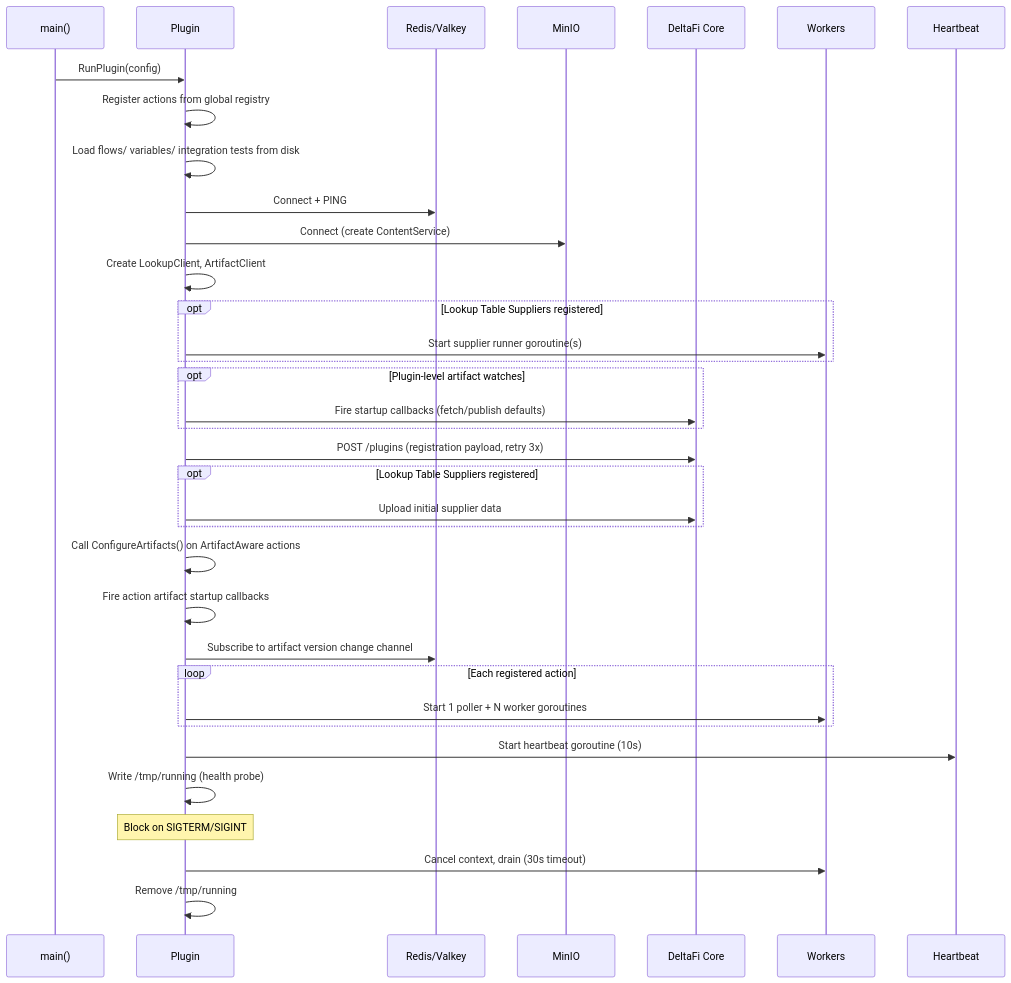
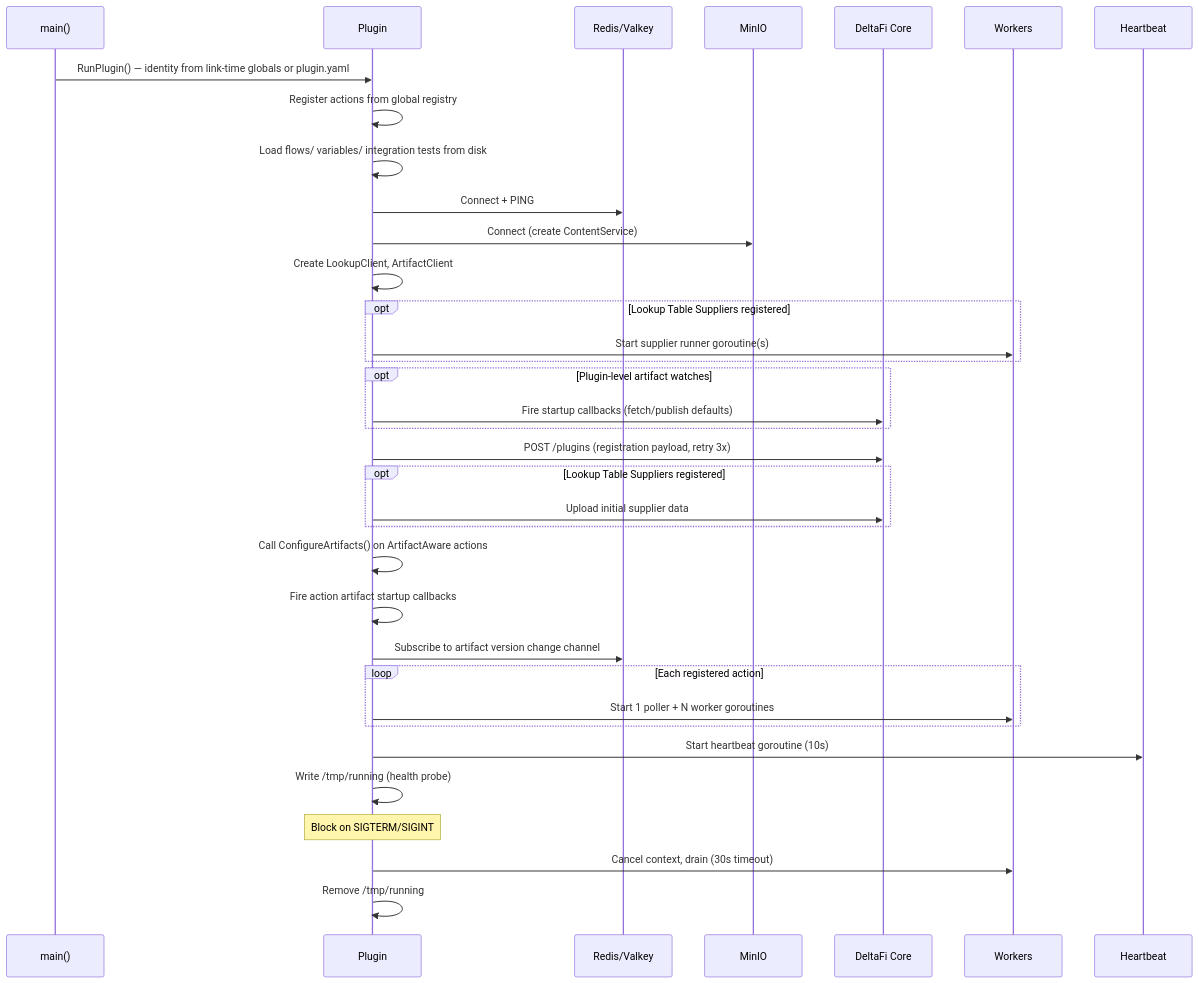
Before and after one commit to deltafi/deltafi: the second of 3 diagrams in deltafi-go-action-kit/DESIGN.md, drawn with Mermaid. The commit also changed other lines of this file and 103 other files, not shown here.

````diff
--- a/deltafi-go-action-kit/DESIGN.md
+++ b/deltafi-go-action-kit/DESIGN.md
@@ -189,48 +199,48 @@
 ```mermaid
 sequenceDiagram
     participant Main as main()
     participant Plugin
     participant Redis as Redis/Valkey
     participant MinIO
     participant Core as DeltaFi Core
     participant Workers
     participant Heartbeat
 
-    Main->>Plugin: RunPlugin(config)
+    Main->>Plugin: RunPlugin() — identity from link-time globals or plugin.yaml
     Plugin->>Plugin: Register actions from global registry
     Plugin->>Plugin: Load flows/ variables/ integration tests from disk
 
     Plugin->>Redis: Connect + PING
     Plugin->>MinIO: Connect (create ContentService)
     Plugin->>Plugin: Create LookupClient, ArtifactClient
 
     opt Lookup Table Suppliers registered
         Plugin->>Workers: Start supplier runner goroutine(s)
     end
 
     opt Plugin-level artifact watches
         Plugin->>Core: Fire startup callbacks (fetch/publish defaults)
     end
 
     Plugin->>Core: POST /plugins (registration payload, retry 3x)
 
     opt Lookup Table Suppliers registered
         Plugin->>Core: Upload initial supplier data
     end
 
     Plugin->>Plugin: Call ConfigureArtifacts() on ArtifactAware actions
     Plugin->>Plugin: Fire action artifact startup callbacks
     Plugin->>Redis: Subscribe to artifact version change channel
 
     loop Each registered action
         Plugin->>Workers: Start 1 poller + N worker goroutines
     end
 
     Plugin->>Heartbeat: Start heartbeat goroutine (10s)
     Plugin->>Plugin: Write /tmp/running (health probe)
 
     Note over Plugin: Block on SIGTERM/SIGINT
 
     Plugin->>Workers: Cancel context, drain (30s timeout)
     Plugin->>Plugin: Remove /tmp/running
 ```
````
